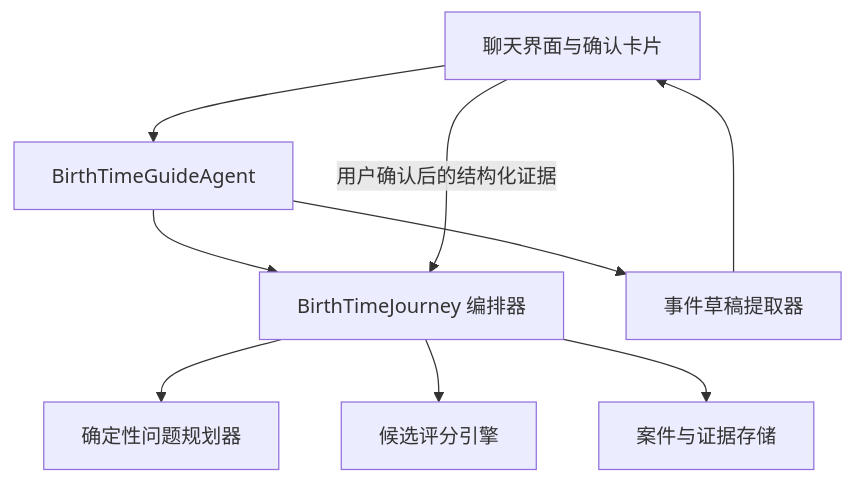
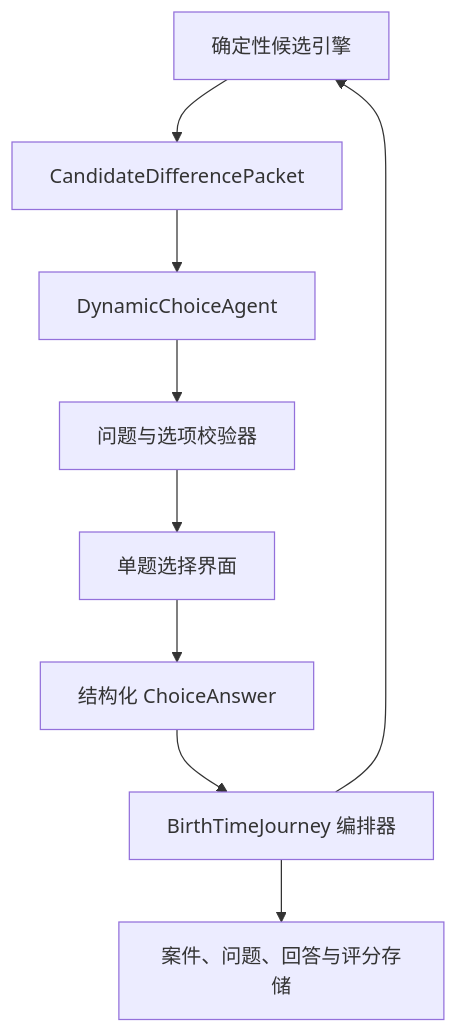
One commit to jesse-ux/Jyotisha changed the second of 2 diagrams in docs/superpowers/specs/2026-07-18-agent-guided-birth-time-rectification-design.md. Above: the diagram before and after it, drawn with Mermaid. The commit also changed other lines of this file and 1 other file, not shown here.

Commit message:
docs: plan dynamic birth time rectification

````diff
--- a/docs/superpowers/specs/2026-07-18-agent-guided-birth-time-rectification-design.md
+++ b/docs/superpowers/specs/2026-07-18-agent-guided-birth-time-rectification-design.md
@@ -83,11 +84,11 @@
 ```mermaid
 flowchart TD
-    UI["聊天界面与确认卡片"] --> AG["BirthTimeGuideAgent"]
-    AG --> JT["BirthTimeJourney 编排器"]
-    JT --> QP["确定性问题规划器"]
-    JT --> SE["候选评分引擎"]
-    JT --> DB["案件与证据存储"]
-    AG --> DE["事件草稿提取器"]
-    DE --> UI
-    UI -->|"用户确认后的结构化证据"| JT
+    CE["确定性候选引擎"] --> DP["CandidateDifferencePacket"]
+    DP --> AG["DynamicChoiceAgent"]
+    AG --> V["问题与选项校验器"]
+    V --> UI["单题选择界面"]
+    UI --> AN["结构化 ChoiceAnswer"]
+    AN --> JT["BirthTimeJourney 编排器"]
+    JT --> CE
+    JT --> DB["案件、问题、回答与评分存储"]
 ```
````
